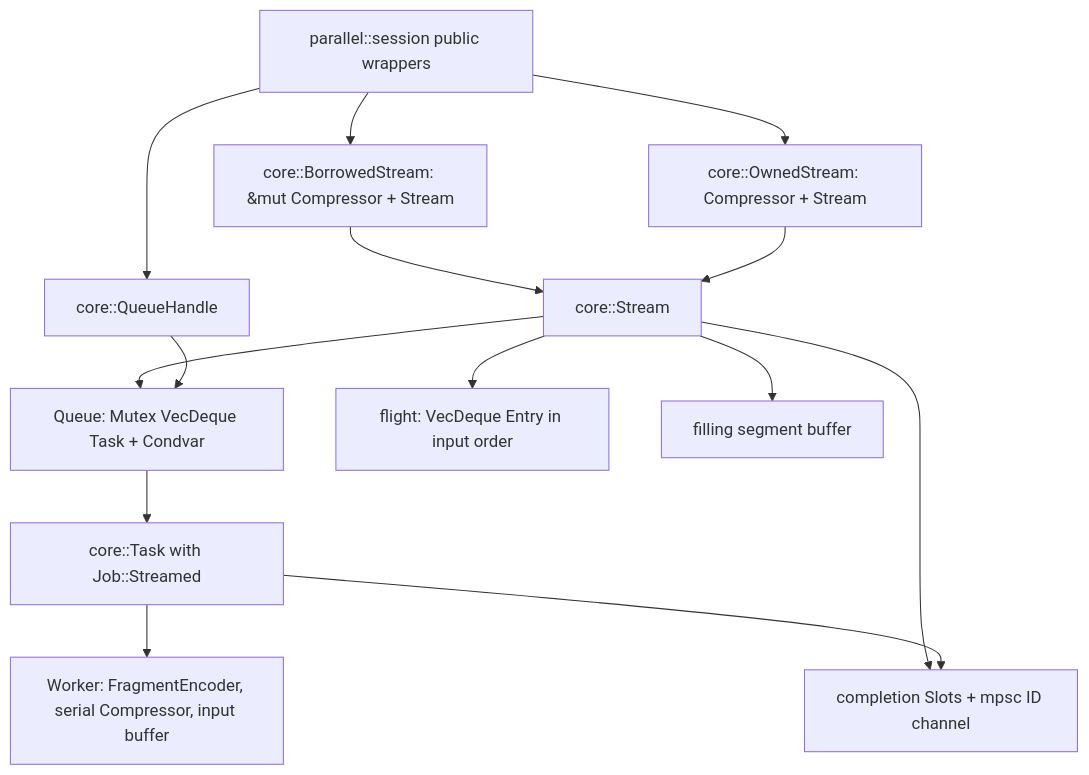
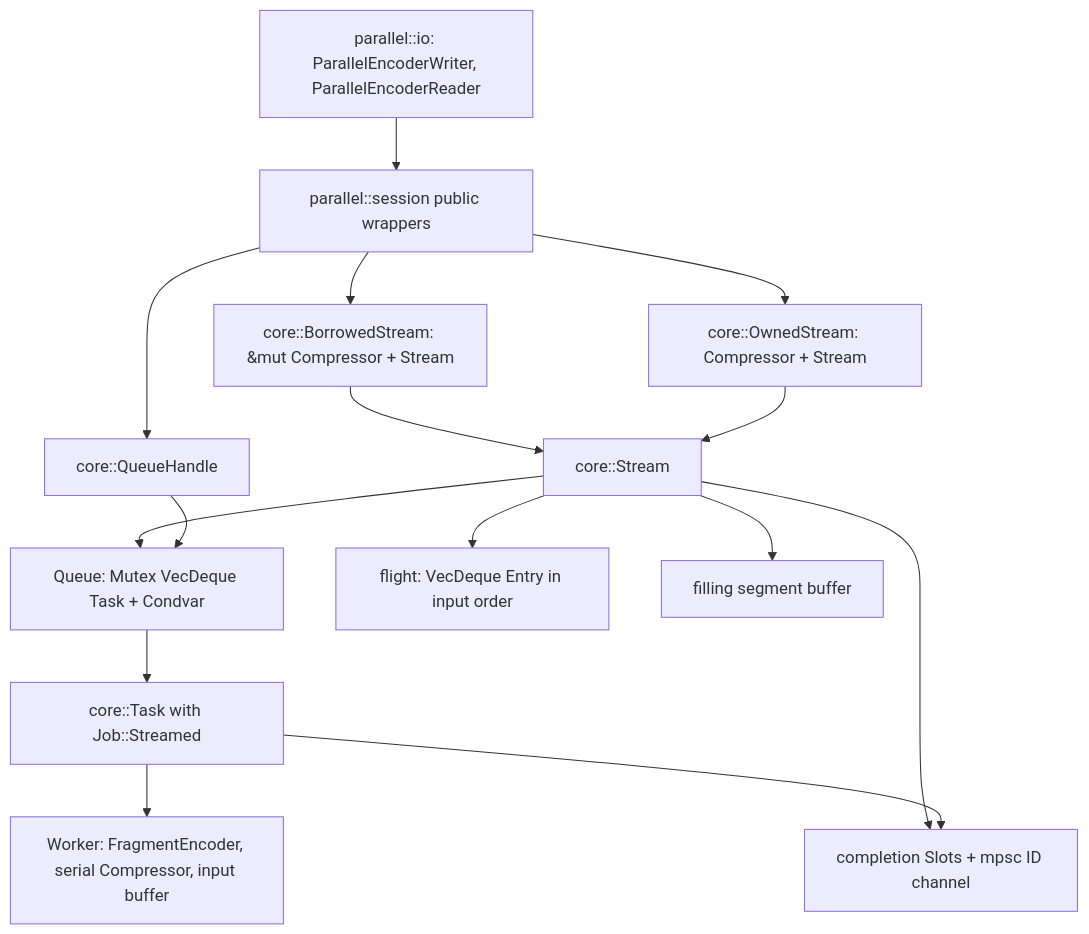
The first of 9 diagrams in architecture/parallel-stream.md (M-Compressors/mbrotli), drawn with Mermaid before and after one commit. The commit also changed other lines of this file and 14 other files, not shown here.

Commit message:
Add writer and reader to parallel compressor

````diff
--- a/architecture/parallel-stream.md
+++ b/architecture/parallel-stream.md
@@ -30,16 +36,17 @@
 ```mermaid
 graph TD
+    Adapters[parallel::io: ParallelEncoderWriter, ParallelEncoderReader] --> Public
     Public[parallel::session public wrappers] --> Borrowed[core::BorrowedStream: &mut Compressor + Stream]
     Public --> Owned[core::OwnedStream: Compressor + Stream]
     Public --> Handle[core::QueueHandle]
     Borrowed --> Stream[core::Stream]
     Owned --> Stream
     Stream --> Queue[Queue: Mutex VecDeque Task + Condvar]
     Handle --> Queue
     Stream --> Slots[completion Slots + mpsc ID channel]
     Stream --> Flight[flight: VecDeque Entry in input order]
     Stream --> Filling[filling segment buffer]
     Queue --> Task[core::Task with Job::Streamed]
     Task --> Worker[Worker: FragmentEncoder, serial Compressor, input buffer]
     Task --> Slots
 ```
````
